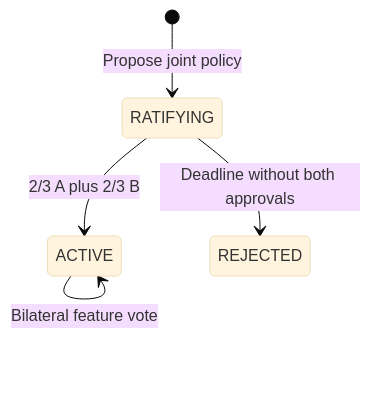
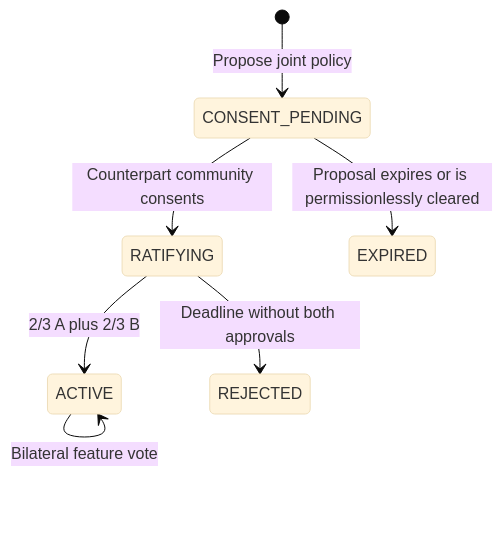
Before and after one commit to ometere123/crossrule: the fourth of 5 diagrams in docs/ARCHITECTURE.md, drawn with Mermaid (base theme). The commit also changed other lines of this file and 8 other files, not shown here.

````diff
--- a/docs/ARCHITECTURE.md
+++ b/docs/ARCHITECTURE.md
@@ -89,8 +89,10 @@
 ```mermaid
 stateDiagram-v2
-  [*] --> RATIFYING: Propose joint policy
+  [*] --> CONSENT_PENDING: Propose joint policy
+  CONSENT_PENDING --> RATIFYING: Counterpart community consents
+  CONSENT_PENDING --> EXPIRED: Proposal expires or is permissionlessly cleared
   RATIFYING --> ACTIVE: 2/3 A plus 2/3 B
   RATIFYING --> REJECTED: Deadline without both approvals
   ACTIVE --> ACTIVE: Bilateral amendment creates next version
   ACTIVE --> ACTIVE: Bilateral feature vote
 ```
````
